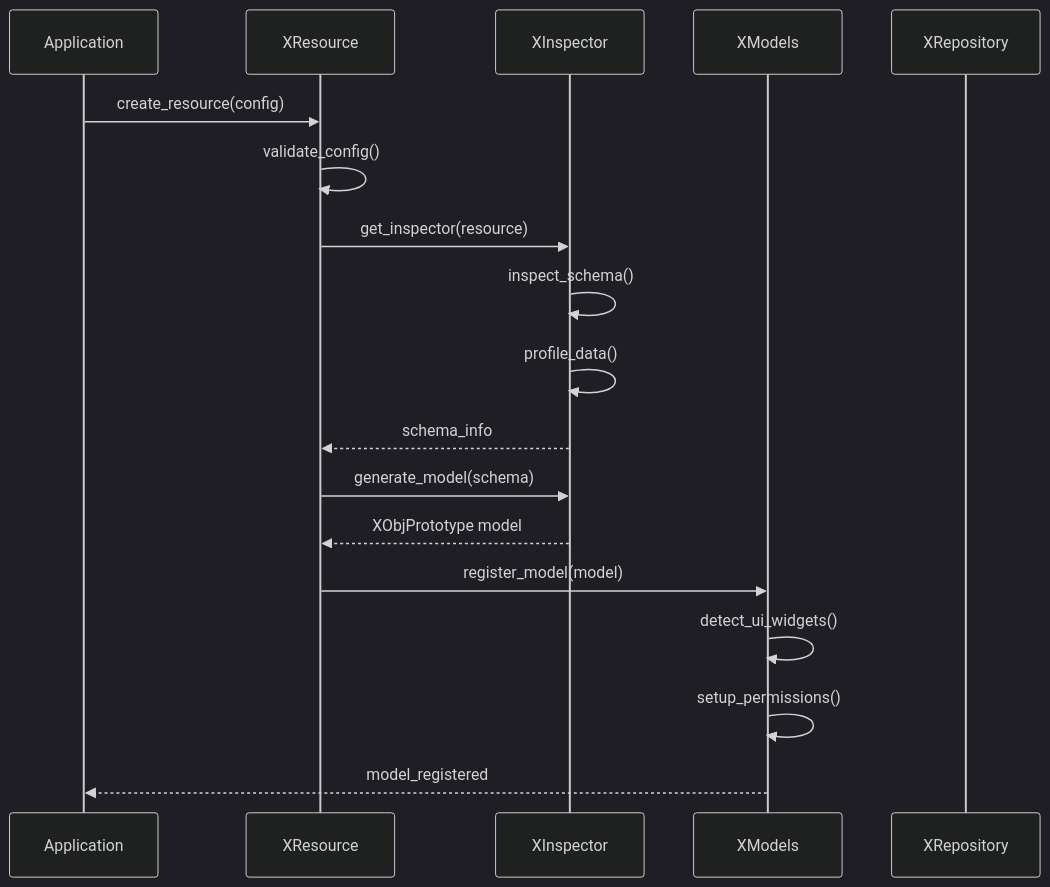
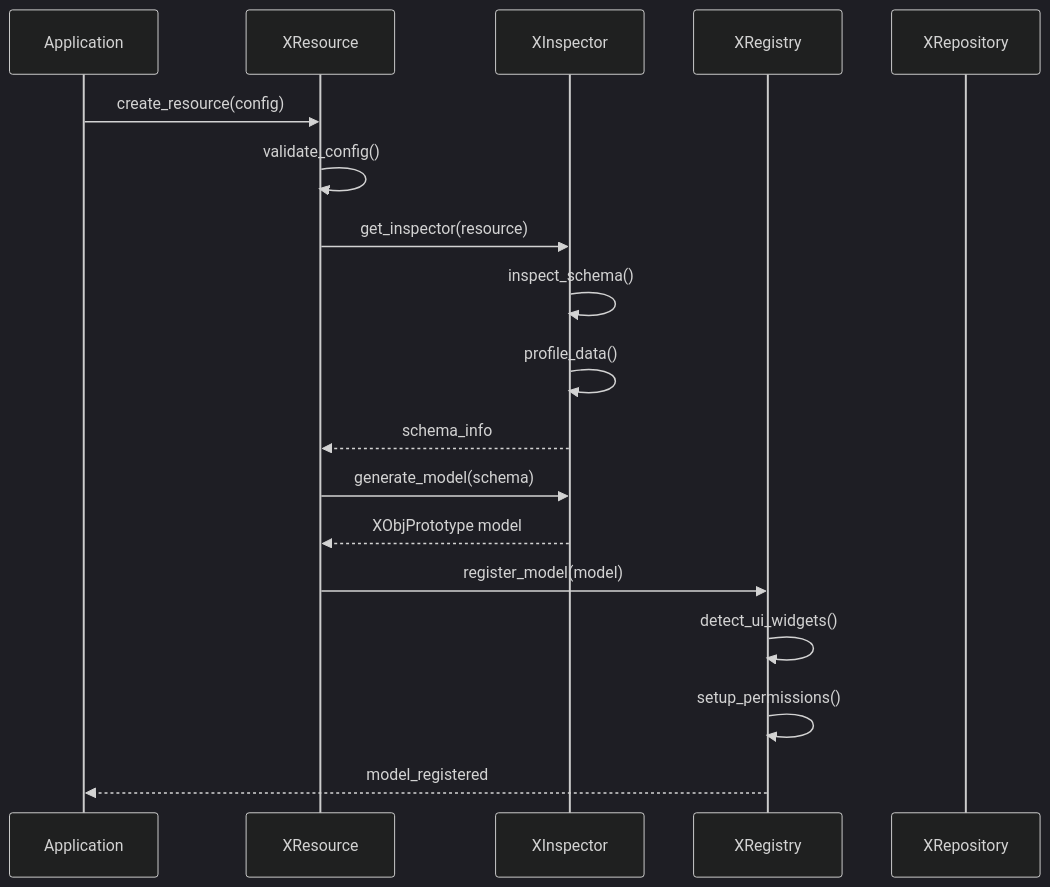
Before and after one commit to rpalshetkar/claudify: the sixth of 7 diagrams in FEATURES/XARCH.md, drawn with Mermaid (dark theme). The commit also changed other lines of this file and 1 other file, not shown here.

First line of the commit message:
Update FEATURES/CLAUDE.md and XARCH.md: Replace XModels with XRegistry

````diff
--- a/FEATURES/XARCH.md
+++ b/FEATURES/XARCH.md
@@ -364,21 +364,21 @@
 ```mermaid
 sequenceDiagram
     participant App as Application
     participant XR as XResource
     participant XI as XInspector
-    participant XM as XModels
+    participant XM as XRegistry
     participant XRP as XRepository
 
     App->>XR: create_resource(config)
     XR->>XR: validate_config()
     XR->>XI: get_inspector(resource)
     XI->>XI: inspect_schema()
     XI->>XI: profile_data()
     XI-->>XR: schema_info
     XR->>XI: generate_model(schema)
     XI-->>XR: XObjPrototype model
     XR->>XM: register_model(model)
     XM->>XM: detect_ui_widgets()
     XM->>XM: setup_permissions()
     XM-->>App: model_registered
 ```
````
